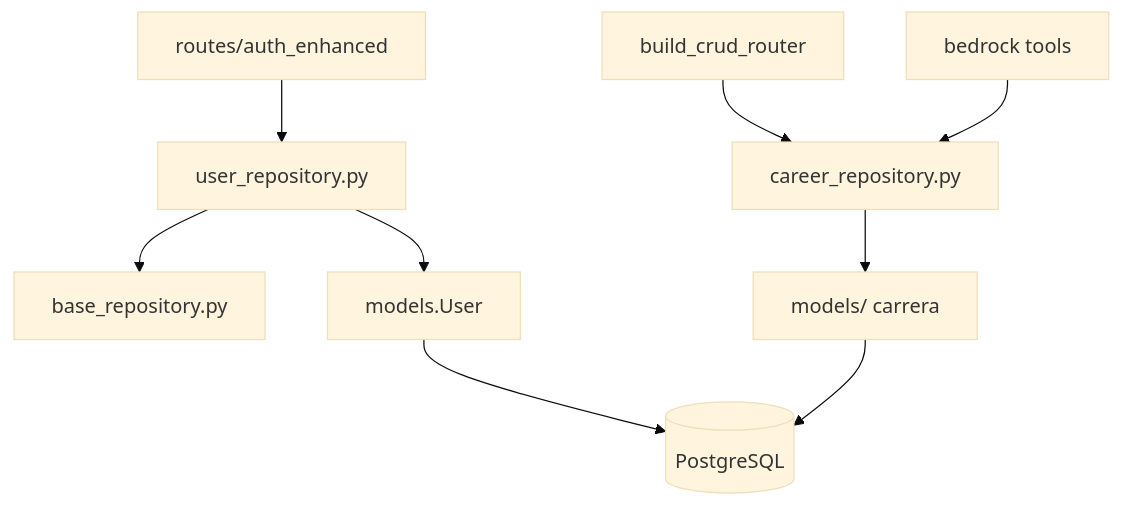
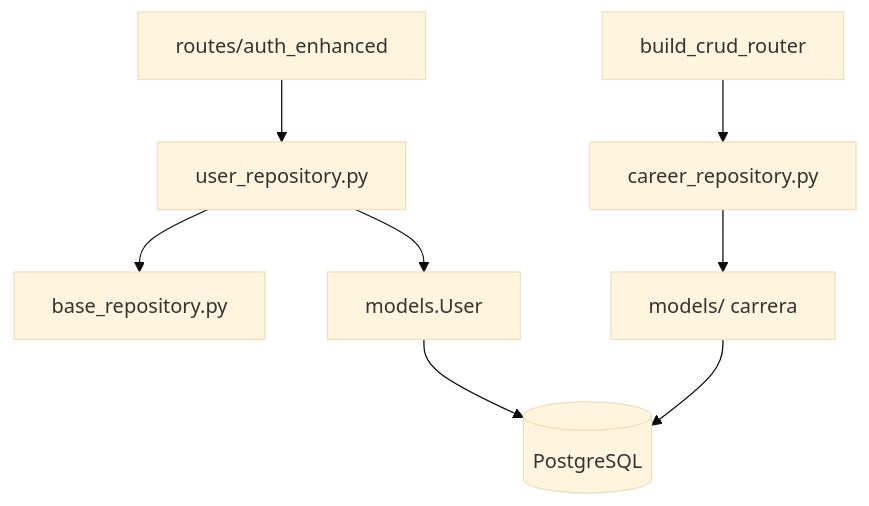
The diagram in cjhirashi-career-api/src/repositories/README.md (cjhirashi/cjhirashi-career), drawn with Mermaid (base theme) before and after one commit. The commit also changed 82 other files, not shown here.

Commit message:
docs: documentación al día tras retirar Bedrock, Qdrant y el descubrimiento de vacantes; limpieza de restos (web_search, cjhirashi-career-ai, comentarios, estilos del chat)

````diff
--- a/cjhirashi-career-api/src/repositories/README.md
+++ b/cjhirashi-career-api/src/repositories/README.md
@@ -7,11 +7,10 @@
 ```mermaid
 flowchart TB
     AuthR[routes/auth_enhanced] --> UserRepo[user_repository.py]
     UserRepo --> BaseRepo[base_repository.py]
     CRUD[build_crud_router] --> CareerRepo[career_repository.py]
-    Tools[bedrock tools] --> CareerRepo
     CareerRepo --> Models[models/ carrera]
     UserRepo --> User[models.User]
     Models --> PG[(PostgreSQL)]
     User --> PG
 ```
````
